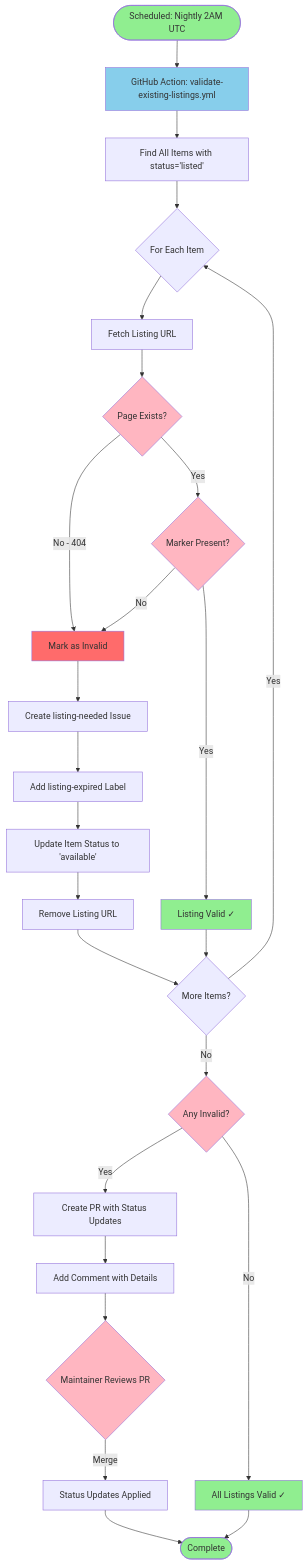
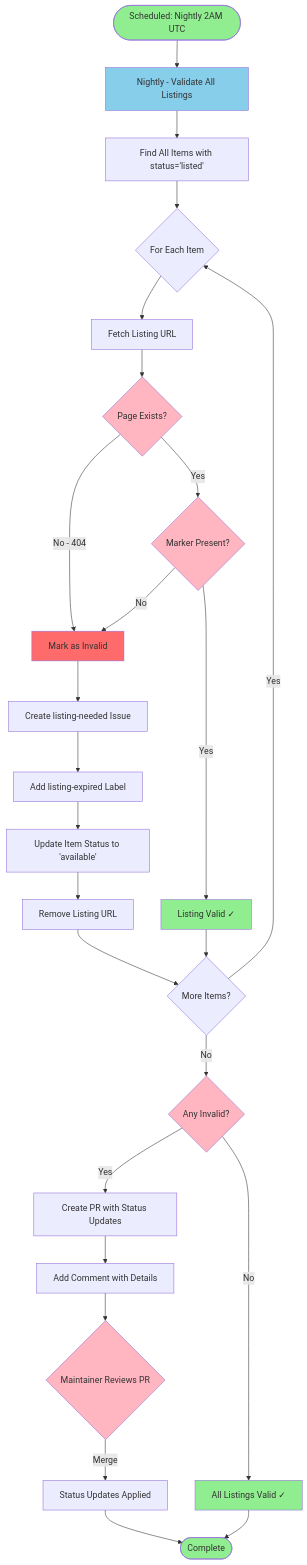
The third of 3 diagrams in docs/workflows.md (tomp736/my-junk), drawn with Mermaid before and after one commit. The commit also changed other lines of this file and 8 other files, not shown here.

````diff
--- a/docs/workflows.md
+++ b/docs/workflows.md
@@ -115,47 +115,47 @@
 ```mermaid
 flowchart TD
-    Start([Scheduled: Nightly 2AM UTC]) --> A[GitHub Action: validate-existing-listings.yml]
+    Start([Scheduled: Nightly 2AM UTC]) --> A[Nightly - Validate All Listings]
     A --> B[Find All Items with status='listed']
     B --> C{For Each Item}
 
     C --> D[Fetch Listing URL]
     D --> E{Page Exists?}
 
     E -->|No - 404| F[Mark as Invalid]
     E -->|Yes| G{Marker Present?}
 
     G -->|No| F
     G -->|Yes| H[Listing Valid ✓]
 
     F --> I[Create listing-needed Issue]
     I --> J[Add listing-expired Label]
     J --> K[Update Item Status to 'available']
     K --> L[Remove Listing URL]
 
     H --> M{More Items?}
     L --> M
 
     M -->|Yes| C
     M -->|No| N{Any Invalid?}
 
     N -->|Yes| O[Create PR with Status Updates]
     N -->|No| P[All Listings Valid ✓]
 
     O --> Q[Add Comment with Details]
     Q --> R{Maintainer Reviews PR}
     R -->|Merge| S[Status Updates Applied]
     S --> End([Complete])
 
     P --> End
 
     style Start fill:#90EE90
     style End fill:#90EE90
     style A fill:#87CEEB
     style H fill:#90EE90
     style P fill:#90EE90
     style E fill:#FFB6C1
     style G fill:#FFB6C1
     style N fill:#FFB6C1
     style R fill:#FFB6C1
     style F fill:#FF6B6B
 ```
````
